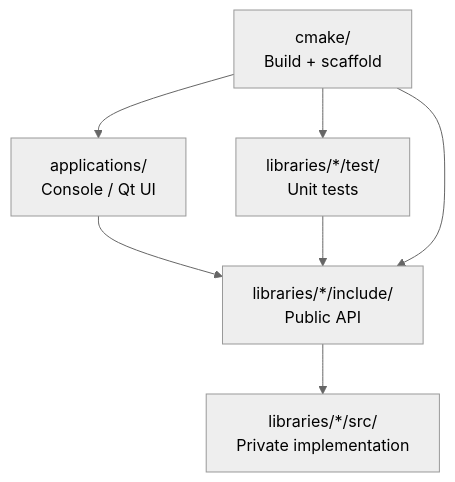
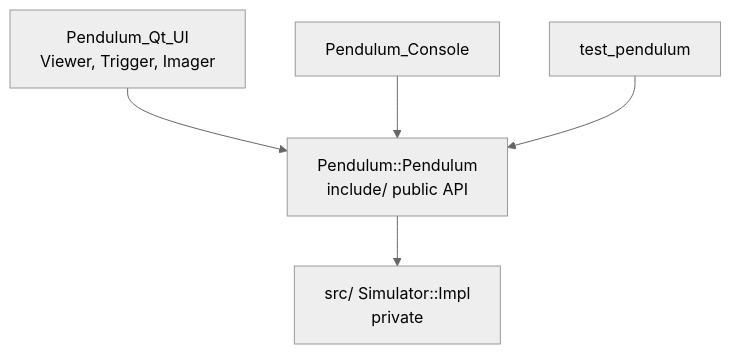
The diagram in docs/architecture.md (medaminben/Pendulum), drawn with Mermaid (neutral theme) before and after one commit. The commit also changed other lines of this file and 8 other files, not shown here.

````diff
--- a/docs/architecture.md
+++ b/docs/architecture.md
@@ -14,15 +9,13 @@
 ```mermaid
 flowchart TD
-  Apps["applications/\nConsole / Qt UI"]
-  PublicAPI["libraries/*/include/\nPublic API"]
-  Impl["libraries/*/src/\nPrivate implementation"]
-  Tests["libraries/*/test/\nUnit tests"]
-  Build["cmake/\nBuild + scaffold"]
+  Qt["Pendulum_Qt_UI<br/>Viewer, Trigger, Imager"]
+  Console["Pendulum_Console"]
+  Lib["Pendulum::Pendulum<br/>include/ public API"]
+  Impl["src/ Simulator::Impl<br/>private"]
+  Tests["test_pendulum"]
 
-  Apps --> PublicAPI
-  Tests --> PublicAPI
-  PublicAPI --> Impl
-  Build --> PublicAPI
-  Build --> Apps
-  Build --> Tests
+  Qt --> Lib
+  Console --> Lib
+  Tests --> Lib
+  Lib --> Impl
 ```
````
